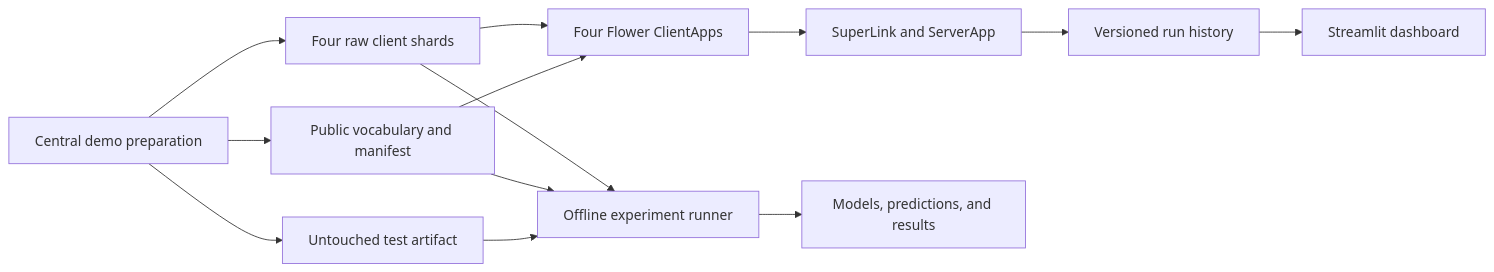
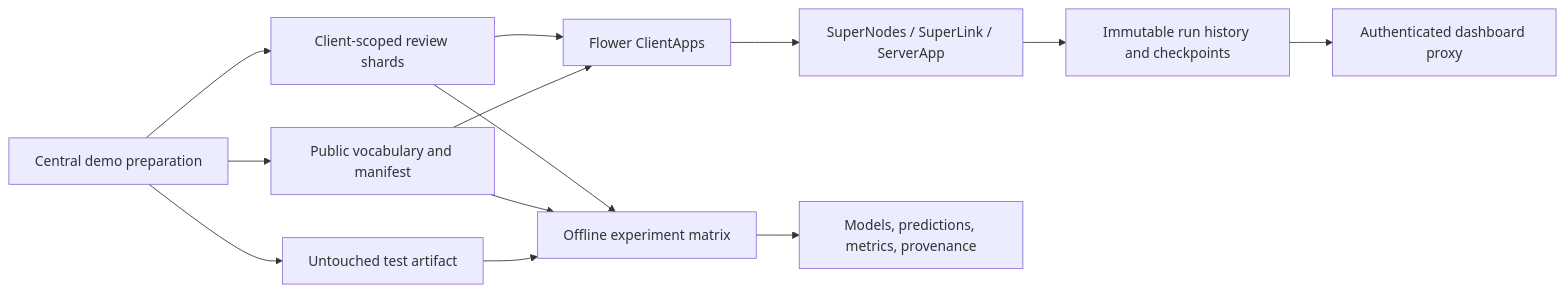
The diagram in README.md (Linus404/federated-machine-learning), drawn with Mermaid before and after one commit. The commit also changed other lines of this file and 3 other files, not shown here.

Commit message:
Publish portfolio experiment results

````diff
--- a/README.md
+++ b/README.md
@@ -47,17 +75,17 @@
 ```mermaid
 flowchart LR
-    P[Central demo preparation] --> C[Four raw client shards]
+    P[Central demo preparation] --> C[Client-scoped review shards]
     P --> V[Public vocabulary and manifest]
     P --> T[Untouched test artifact]
 
-    C --> A[Four Flower ClientApps]
+    C --> A[Flower ClientApps]
     V --> A
-    A --> S[SuperLink and ServerApp]
-    S --> H[Versioned run history]
-    H --> D[Streamlit dashboard]
+    A --> S[SuperNodes / SuperLink / ServerApp]
+    S --> H[Immutable run history and checkpoints]
+    H --> D[Authenticated dashboard proxy]
 
-    C --> R[Offline experiment runner]
+    C --> R[Offline experiment matrix]
     V --> R
     T --> R
-    R --> E[Models, predictions, and results]
+    R --> E[Models, predictions, metrics, provenance]
 ```
````
